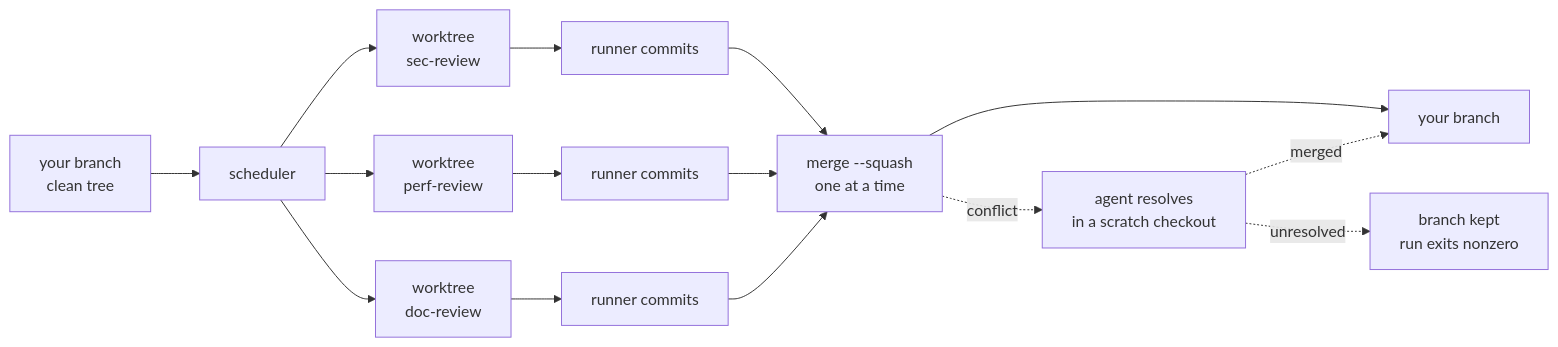
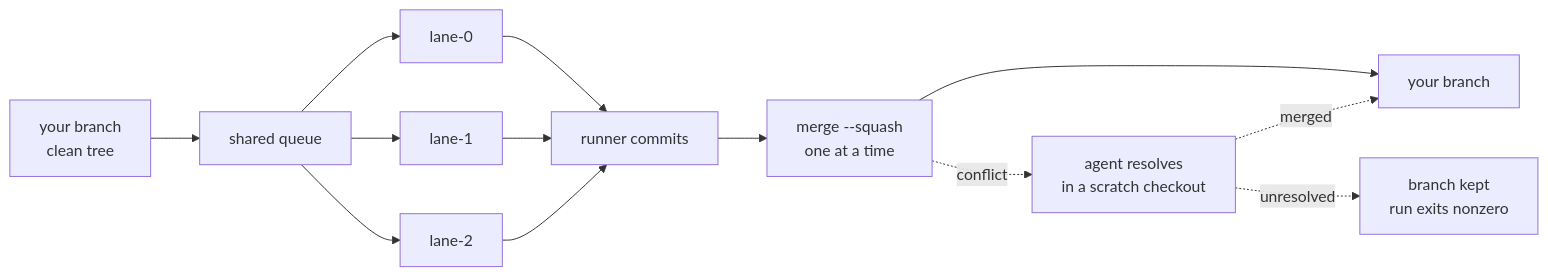
Before and after one commit to maci0/gauntlet: the diagram in README.md, drawn with Mermaid. The commit also changed other lines of this file and 12 other files, not shown here.

````diff
--- a/README.md
+++ b/README.md
@@ -187,17 +189,15 @@
 ```mermaid
 flowchart LR
-    T[your branch<br/>clean tree] --> S[scheduler]
-    S --> W1[worktree<br/>sec-review]
-    S --> W2[worktree<br/>perf-review]
-    S --> W3[worktree<br/>doc-review]
-    W1 --> C1[runner commits]
-    W2 --> C2[runner commits]
-    W3 --> C3[runner commits]
-    C1 --> M[merge --squash<br/>one at a time]
-    C2 --> M
-    C3 --> M
+    T[your branch<br/>clean tree] --> S[shared queue]
+    S --> L0[lane-0]
+    S --> L1[lane-1]
+    S --> L2[lane-2]
+    L0 --> C[runner commits]
+    L1 --> C
+    L2 --> C
+    C --> M[merge --squash<br/>one at a time]
     M --> T2[your branch]
     M -. conflict .-> R[agent resolves<br/>in a scratch checkout]
     R -. merged .-> T2
     R -. unresolved .-> K[branch kept<br/>run exits nonzero]
 ```
````
